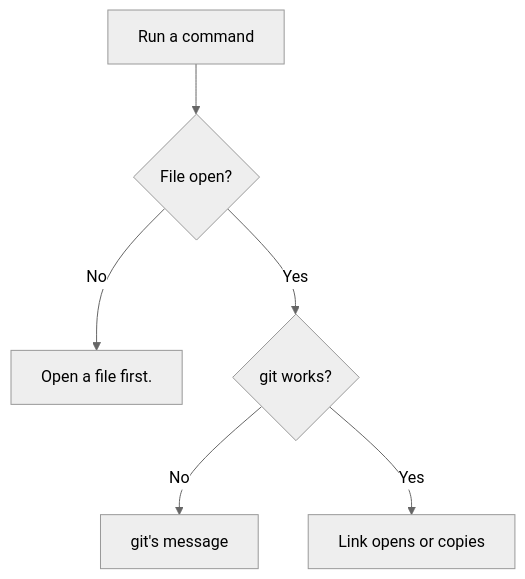
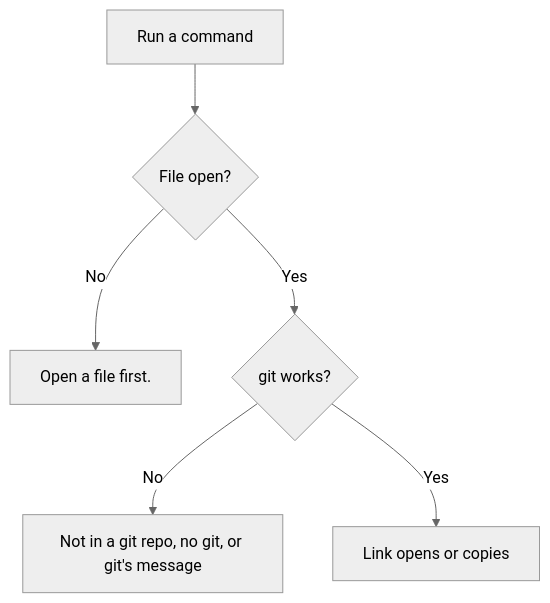
Before and after one commit to workbench-soft/vscode-open-in-github: the third of 3 diagrams in docs/user-flows.md, drawn with Mermaid (neutral theme). The commit also changed other lines of this file and 11 other files, not shown here.

First line of the commit message:
fix: say plainly when a file is outside a git repo or git is missing

````diff
--- a/docs/user-flows.md
+++ b/docs/user-flows.md
@@ -44,8 +44,8 @@
 ```mermaid
 flowchart TD
   A[Run a command] --> B{File open?}
   B -->|No| C[Open a file first.]
   B -->|Yes| D{git works?}
-  D -->|No| E[git's message]
+  D -->|No| E[Not in a git repo, no git, or git's message]
   D -->|Yes| F[Link opens or copies]
 ```
````
